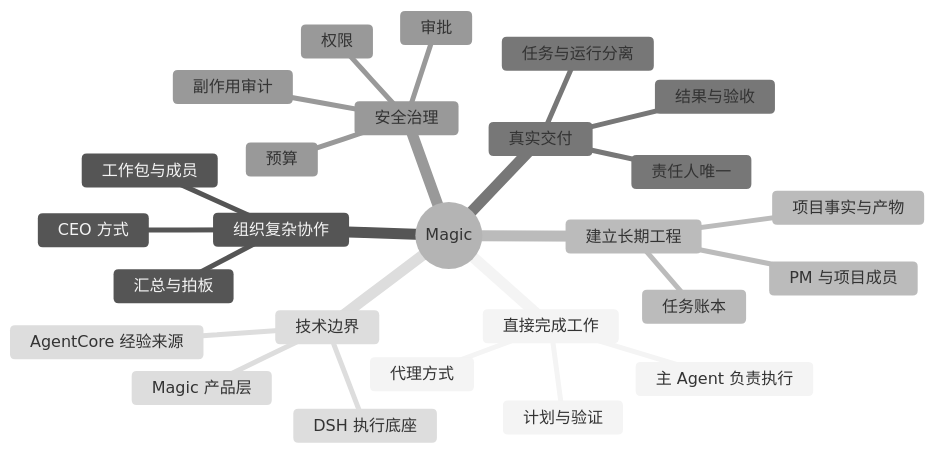
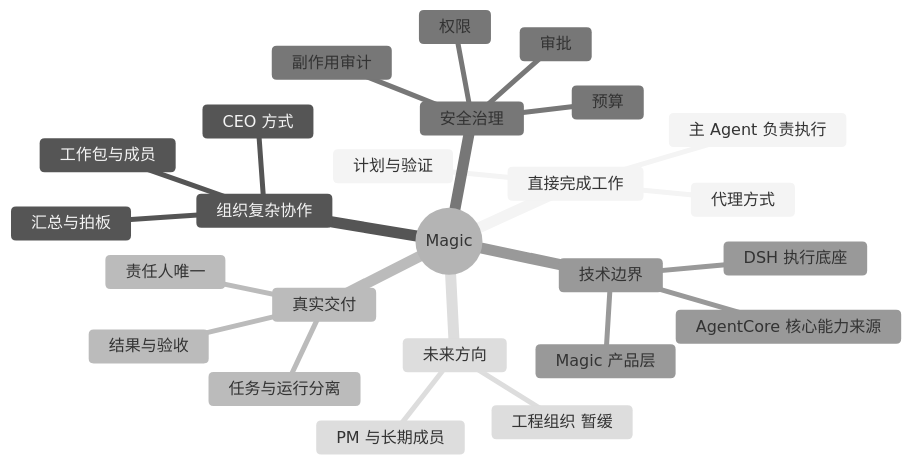
One commit to liu629711-spec/Magic changed the first of 5 diagrams in docs/01-产品/PRD-01-Magic产品总览.md. Above: the diagram before and after it, drawn with Mermaid (neutral theme). The commit also changed other lines of this file and 106 other files, not shown here.

````diff
--- a/docs/01-产品/PRD-01-Magic产品总览.md
+++ b/docs/01-产品/PRD-01-Magic产品总览.md
@@ -17,29 +19,28 @@
 ```mermaid
 mindmap
   root((Magic))
     直接完成工作
       代理方式
       主 Agent 负责执行
       计划与验证
     组织复杂协作
       CEO 方式
       工作包与成员
       汇总与拍板
-    建立长期工程
-      PM 与项目成员
-      任务账本
-      项目事实与产物
     真实交付
       责任人唯一
       任务与运行分离
       结果与验收
     安全治理
       权限
       预算
       审批
       副作用审计
     技术边界
       Magic 产品层
       DSH 执行底座
-      AgentCore 经验来源
+      AgentCore 核心能力来源
+    未来方向
+      工程组织 暂缓
+      PM 与长期成员
 ```
````
